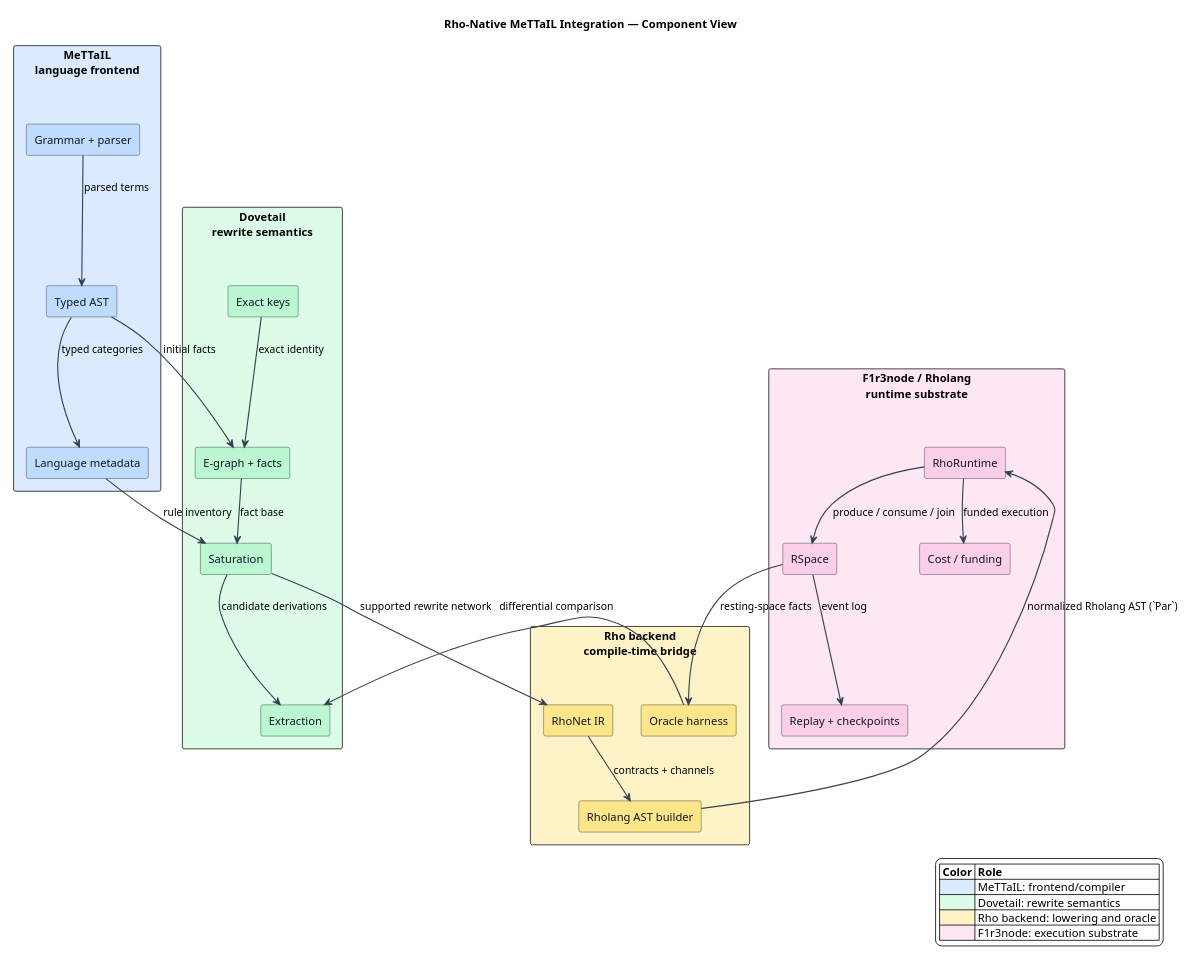
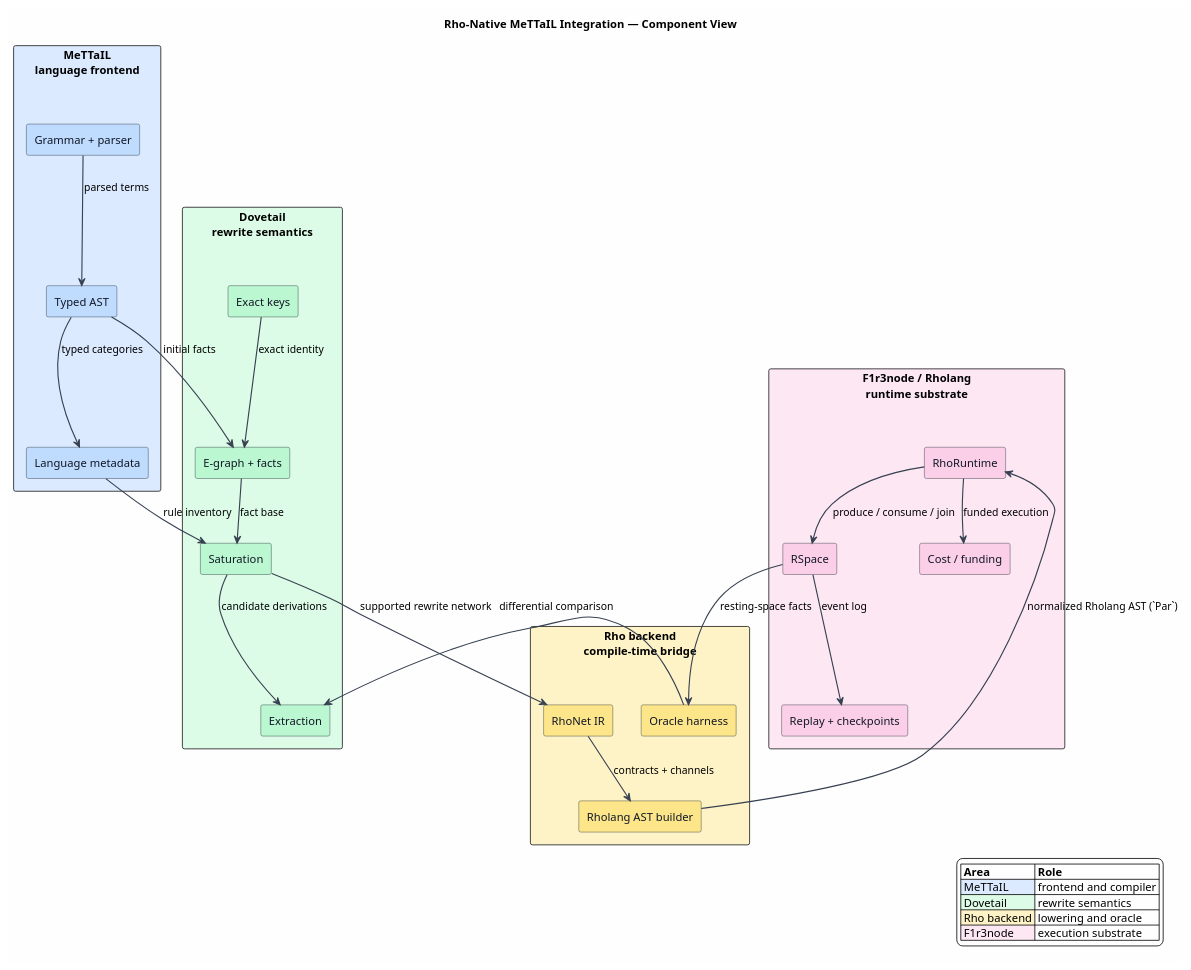
The diagram in docs/architecture/rho-native-integration/figures/README.puml (F1R3FLY-io/mettail-rust), drawn with PlantUML before and after one commit. The commit also changed 32 other files, not shown here.

```diff
--- a/docs/architecture/rho-native-integration/figures/README.puml
+++ b/docs/architecture/rho-native-integration/figures/README.puml
@@ -1,63 +1,63 @@
 @startuml
 title Rho-Native MeTTaIL Integration — Component View
 
 skinparam backgroundColor #FEFEFE
 skinparam componentStyle rectangle
 skinparam shadowing false
 skinparam ArrowColor #374151
 skinparam ArrowThickness 1.4
 skinparam component {
   BorderColor #1F2937
   FontColor #111827
 }
 
 rectangle "MeTTaIL\nlanguage frontend" as M #DBEAFE {
   component "Grammar + parser" as Parser #BFDBFE
   component "Typed AST" as AST #BFDBFE
   component "Language metadata" as Metadata #BFDBFE
 }
 
 rectangle "Dovetail\nrewrite semantics" as D #DCFCE7 {
   component "Exact keys" as Keys #BBF7D0
   component "E-graph + facts" as EGraph #BBF7D0
   component "Saturation" as Saturation #BBF7D0
   component "Extraction" as Extraction #BBF7D0
 }
 
 rectangle "Rho backend\ncompile-time bridge" as B #FEF3C7 {
   component "RhoNet IR" as RhoNet #FDE68A
   component "Rholang AST builder" as AstBuilder #FDE68A
   component "Oracle harness" as Oracle #FDE68A
 }
 
 rectangle "F1r3node / Rholang\nruntime substrate" as F #FCE7F3 {
   component "RhoRuntime" as Runtime #FBCFE8
   component "RSpace" as RSpace #FBCFE8
   component "Replay + checkpoints" as Replay #FBCFE8
   component "Cost / funding" as Cost #FBCFE8
 }
 
 Parser --> AST : parsed terms
 AST --> Metadata : typed categories
 AST --> EGraph : initial facts
 Metadata --> Saturation : rule inventory
 Keys --> EGraph : exact identity
 EGraph --> Saturation : fact base
 Saturation --> Extraction : candidate derivations
 Saturation --> RhoNet : supported rewrite network
 RhoNet --> AstBuilder : contracts + channels
 AstBuilder --> Runtime : normalized Rholang AST (`Par`)
 Runtime --> RSpace : produce / consume / join
 RSpace --> Replay : event log
 Runtime --> Cost : funded execution
 RSpace --> Oracle : resting-space facts
 Oracle --> Extraction : differential comparison
 
 legend right
-|= Color |= Role |
-|<#DBEAFE> | MeTTaIL: frontend/compiler |
-|<#DCFCE7> | Dovetail: rewrite semantics |
-|<#FEF3C7> | Rho backend: lowering and oracle |
-|<#FCE7F3> | F1r3node: execution substrate |
+|= Area |= Role |
+|<#DBEAFE> MeTTaIL | frontend and compiler |
+|<#DCFCE7> Dovetail | rewrite semantics |
+|<#FEF3C7> Rho backend | lowering and oracle |
+|<#FCE7F3> F1r3node | execution substrate |
 endlegend
 @enduml
```
